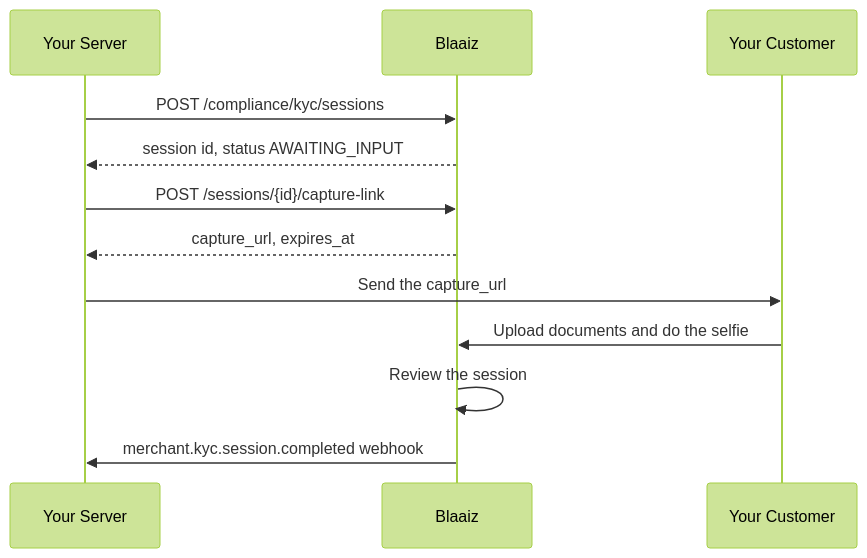
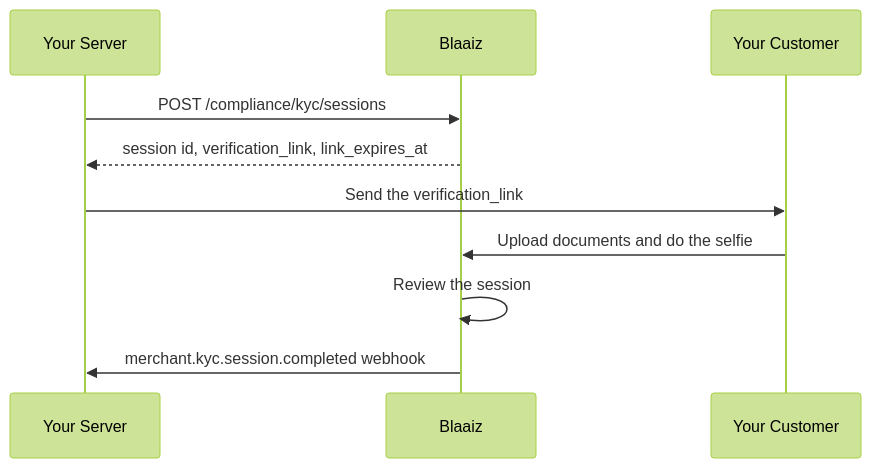
The diagram in compliance/quickstart-hosted.mdx (Blaaiz/blaaiz-platforms-docs), drawn with Mermaid (forest theme) before and after one commit. The commit also changed other lines of this file and 12 other files, not shown here.

````diff
--- a/compliance/quickstart-hosted.mdx
+++ b/compliance/quickstart-hosted.mdx
@@ -22,15 +24,13 @@
 ```mermaid
 sequenceDiagram
     participant You as Your Server
     participant Blaaiz
     participant Person as Your Customer
 
     You->>Blaaiz: POST /compliance/kyc/sessions
-    Blaaiz-->>You: session id, status AWAITING_INPUT
-    You->>Blaaiz: POST /sessions/{id}/capture-link
-    Blaaiz-->>You: capture_url, expires_at
-    You->>Person: Send the capture_url
+    Blaaiz-->>You: session id, verification_link, link_expires_at
+    You->>Person: Send the verification_link
     Person->>Blaaiz: Upload documents and do the selfie
     Blaaiz->>Blaaiz: Review the session
     Blaaiz->>You: merchant.kyc.session.completed webhook
 ```
````
